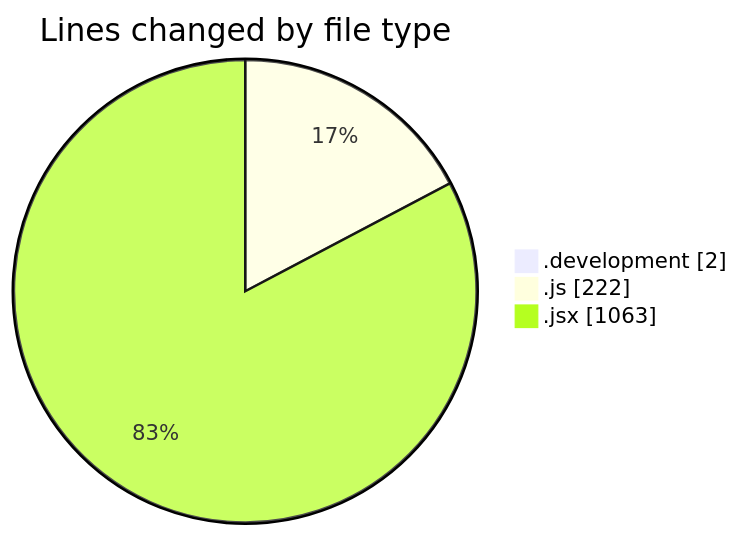
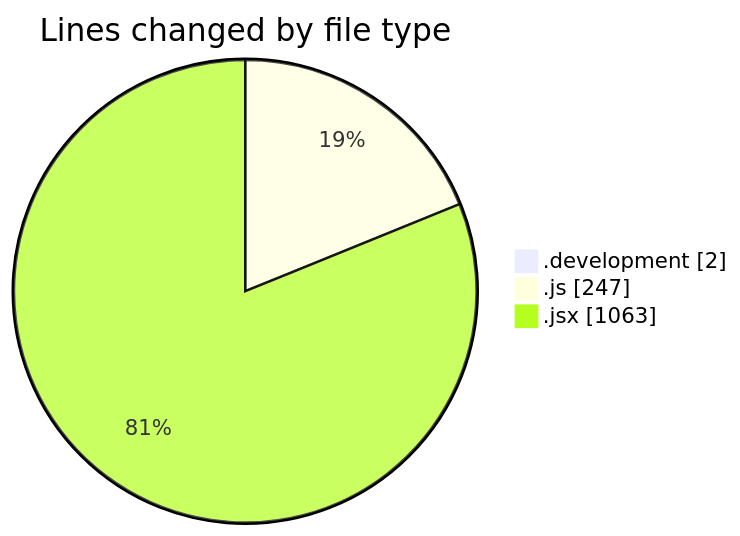
Before and after one commit to nxtqubesakshisongat/code-tracking: the first of 2 diagrams in 2025-11-10/nxtqube_webapp/README.md, drawn with Mermaid. The commit also changed other lines of this file and 1 other file, not shown here.

````diff
--- a/2025-11-10/nxtqube_webapp/README.md
+++ b/2025-11-10/nxtqube_webapp/README.md
@@ -25,7 +26,7 @@
 ```mermaid
 pie showData
 title Lines changed by file type
 ".development" : 2
-".js" : 222
+".js" : 247
 ".jsx" : 1063
 ```
````
